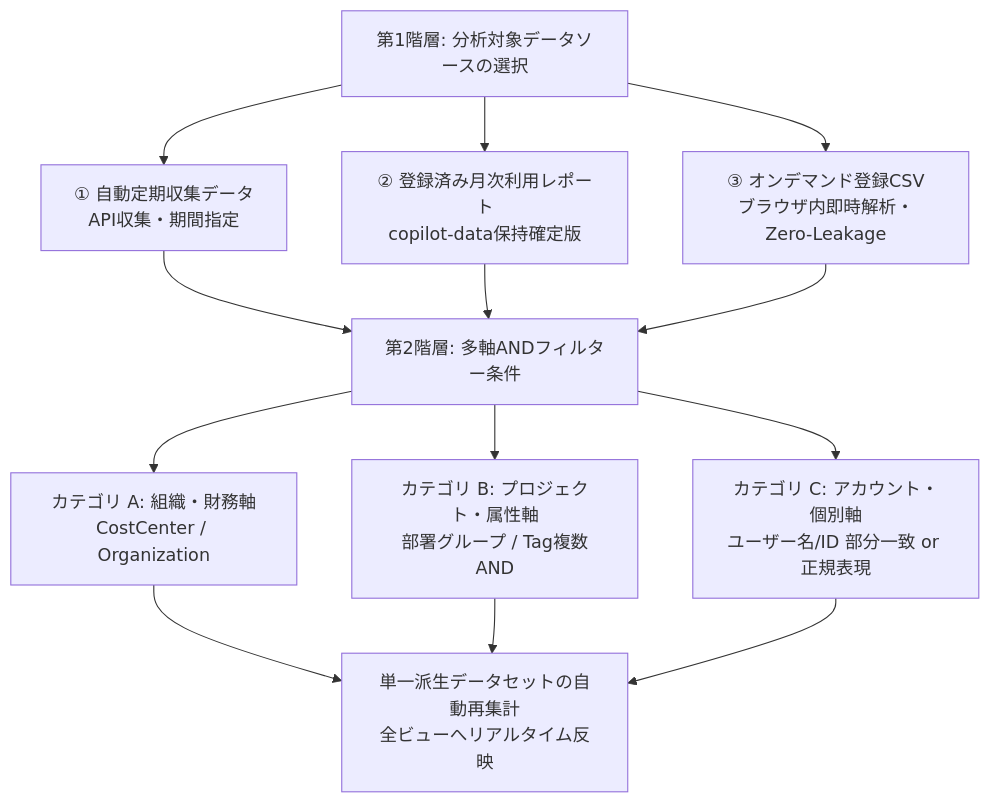
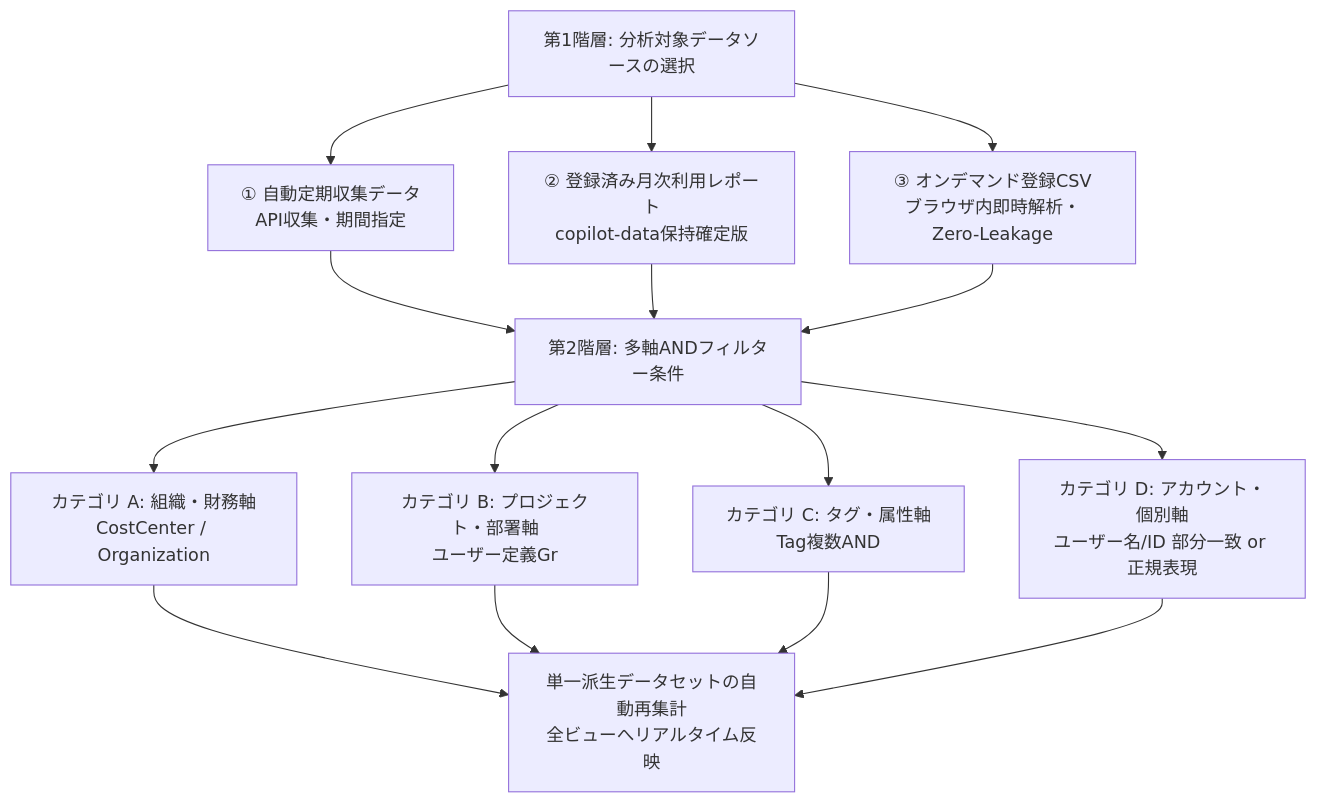
Before and after one commit to sun-flat-yamada/github-copilot-dashboard: the diagram in docs/manuals/user_guide_data_selection_and_filtering.ja.md, drawn with Mermaid. The commit also changed other lines of this file and 5 other files, not shown here.

````diff
--- a/docs/manuals/user_guide_data_selection_and_filtering.ja.md
+++ b/docs/manuals/user_guide_data_selection_and_filtering.ja.md
@@ -11,16 +11,17 @@
 ```mermaid
 flowchart TD
     A[第1階層: 分析対象データソースの選択] --> B[① 自動定期収集データ<br>API収集・期間指定]
     A --> C[② 登録済み月次利用レポート<br>copilot-data保持確定版]
     A --> D[③ オンデマンド登録CSV<br>ブラウザ内即時解析・Zero-Leakage]
 
     B --> F[第2階層: 多軸ANDフィルター条件]
     C --> F
     D --> F
 
     F --> G[カテゴリ A: 組織・財務軸<br>CostCenter / Organization]
-    F --> H[カテゴリ B: プロジェクト・属性軸<br>部署グループ / Tag複数AND]
-    F --> I[カテゴリ C: アカウント・個別軸<br>ユーザー名/ID 部分一致 or 正規表現]
+    F --> H[カテゴリ B: プロジェクト・部署軸<br>ユーザー定義Gr]
+    F --> I[カテゴリ C: タグ・属性軸<br>Tag複数AND]
+    F --> J[カテゴリ D: アカウント・個別軸<br>ユーザー名/ID 部分一致 or 正規表現]
 
-    G & H & I --> J[単一派生データセットの自動再集計<br>全ビューへリアルタイム反映]
+    G & H & I & J --> K[単一派生データセットの自動再集計<br>全ビューへリアルタイム反映]
 ```
````
